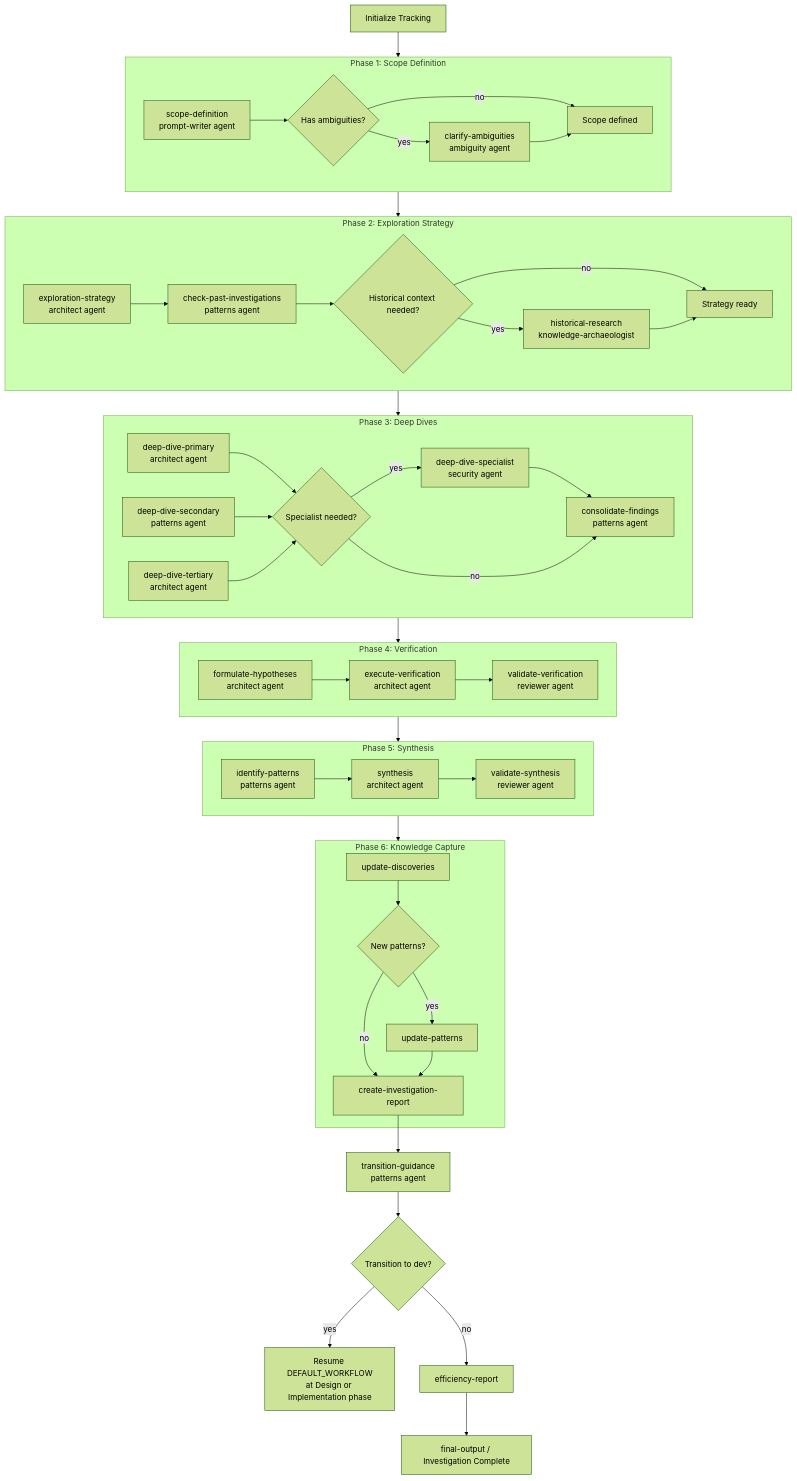
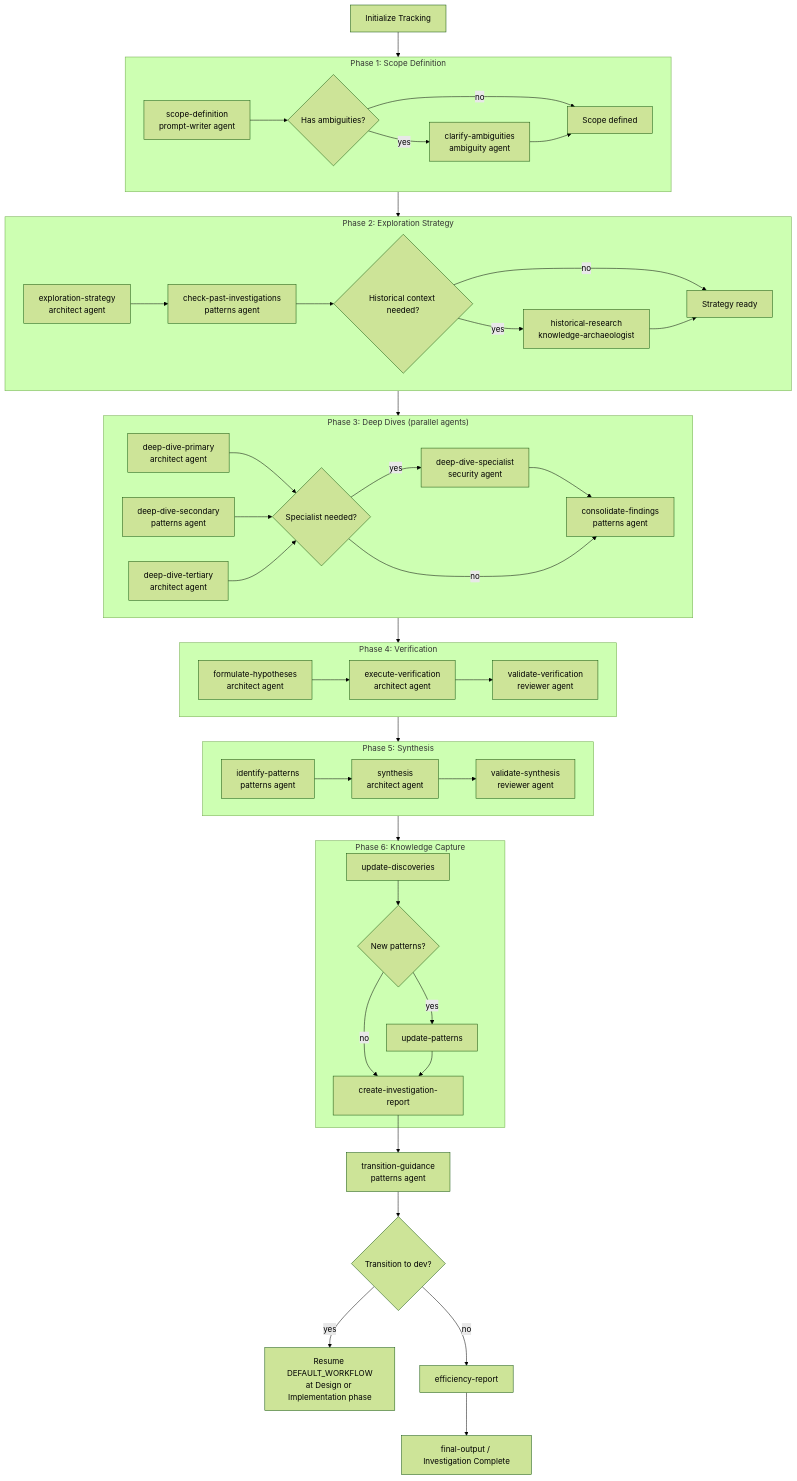
The diagram in .claude/skills/investigation-workflow/SKILL.md (rysweet/amplihack), drawn with Mermaid (forest theme) before and after one commit.

Commit message:
fix: annotate Phase 3 subgraph as parallel agents (INV-1)
Phase 3 subgraph label now says "parallel agents" to match
the prose that says "CRITICAL: This phase uses PARALLEL EXECUTION".

````diff
--- a/.claude/skills/investigation-workflow/SKILL.md
+++ b/.claude/skills/investigation-workflow/SKILL.md
@@ -29,52 +29,52 @@
 ```mermaid
 flowchart TD
     INIT[Initialize Tracking] --> P1
 
     subgraph P1["Phase 1: Scope Definition"]
         SCOPE[scope-definition<br/>prompt-writer agent] --> AMB{Has ambiguities?}
         AMB -->|yes| CLARIFY[clarify-ambiguities<br/>ambiguity agent]
         AMB -->|no| P1_OUT[Scope defined]
         CLARIFY --> P1_OUT
     end
 
     subgraph P2["Phase 2: Exploration Strategy"]
         STRAT[exploration-strategy<br/>architect agent] --> PAST[check-past-investigations<br/>patterns agent]
         PAST --> HIST{Historical context needed?}
         HIST -->|yes| ARCH[historical-research<br/>knowledge-archaeologist]
         HIST -->|no| P2_OUT[Strategy ready]
         ARCH --> P2_OUT
     end
 
-    subgraph P3["Phase 3: Deep Dives"]
+    subgraph P3["Phase 3: Deep Dives (parallel agents)"]
         DD1[deep-dive-primary<br/>architect agent] --> DD4{Specialist needed?}
         DD2[deep-dive-secondary<br/>patterns agent] --> DD4
         DD3[deep-dive-tertiary<br/>architect agent] --> DD4
         DD4 -->|yes| DDS[deep-dive-specialist<br/>security agent] --> CONSOL[consolidate-findings<br/>patterns agent]
         DD4 -->|no| CONSOL
     end
 
     subgraph P4["Phase 4: Verification"]
         HYP[formulate-hypotheses<br/>architect agent] --> EXEC[execute-verification<br/>architect agent]
         EXEC --> VAL[validate-verification<br/>reviewer agent]
     end
 
     subgraph P5["Phase 5: Synthesis"]
         PAT[identify-patterns<br/>patterns agent] --> SYN[synthesis<br/>architect agent]
         SYN --> VSYN[validate-synthesis<br/>reviewer agent]
     end
 
     subgraph P6["Phase 6: Knowledge Capture"]
         DISC[update-discoveries] --> PATN{New patterns?}
         PATN -->|yes| UPAT[update-patterns]
         PATN -->|no| RPT[create-investigation-report]
         UPAT --> RPT
     end
 
     P1 --> P2 --> P3 --> P4 --> P5 --> P6
 
     RPT --> TRANS[transition-guidance<br/>patterns agent]
     TRANS --> TDEV{Transition to dev?}
     TDEV -->|yes| DW[Resume DEFAULT_WORKFLOW<br/>at Design or Implementation phase]
     TDEV -->|no| EFF[efficiency-report]
     EFF --> FINAL[final-output / Investigation Complete]
 ```
````
